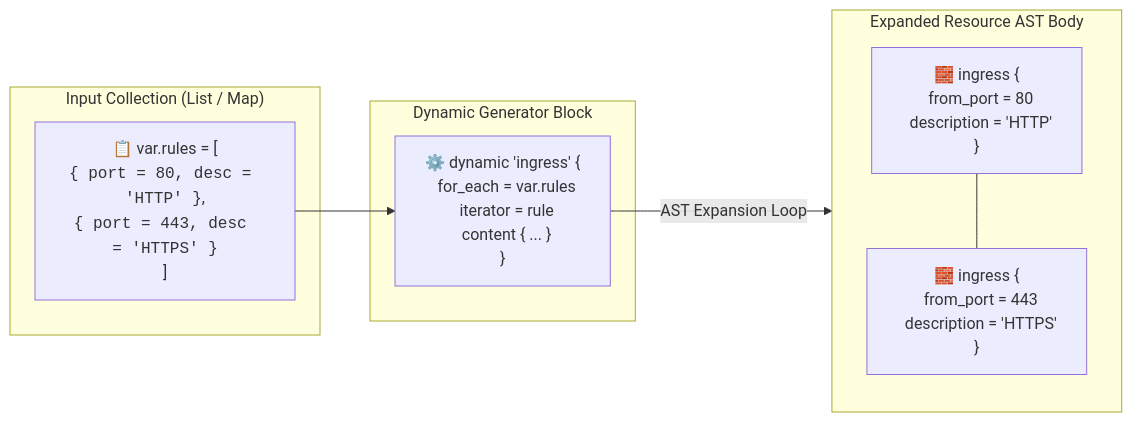
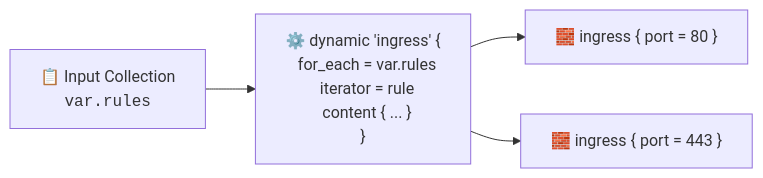
One commit to dnf0/terralings changed the diagram in docs/guides/06-dynamic-blocks.md. Above: the diagram before and after it, drawn with Mermaid. The commit also changed other lines of this file and 18 other files, not shown here.

First line of the commit message:
docs(guides): simplify mermaid diagrams and add conceptual breakdowns (#24)

````diff
--- a/docs/guides/06-dynamic-blocks.md
+++ b/docs/guides/06-dynamic-blocks.md
@@ -17,20 +17,7 @@
 ```mermaid
 flowchart LR
-    subgraph InputCollection["Input Collection (List / Map)"]
-        Coll["📋 var.rules = [<br/><code>{ port = 80, desc = 'HTTP' }</code>,<br/><code>{ port = 443, desc = 'HTTPS' }</code><br/>]"]
-    end
-
-    subgraph DynamicGenerator["Dynamic Generator Block"]
-        Dyn["⚙️ dynamic 'ingress' {<br/>&nbsp;&nbsp;for_each = var.rules<br/>&nbsp;&nbsp;iterator = rule<br/>&nbsp;&nbsp;content { ... }<br/>}"]
-    end
-
-    subgraph ExpandedAST["Expanded Resource AST Body"]
-        direction TB
-        B1["🧱 ingress {<br/>&nbsp;&nbsp;from_port = 80<br/>&nbsp;&nbsp;description = 'HTTP'<br/>}"]
-        B2["🧱 ingress {<br/>&nbsp;&nbsp;from_port = 443<br/>&nbsp;&nbsp;description = 'HTTPS'<br/>}"]
-        B1 --- B2
-    end
-
-    Coll --> Dyn
-    Dyn -->|"AST Expansion Loop"| ExpandedAST
+    Collection["📋 Input Collection<br/><code>var.rules</code>"] --> DynamicBlock["⚙️ dynamic 'ingress' {<br/>&nbsp;&nbsp;for_each = var.rules<br/>&nbsp;&nbsp;iterator = rule<br/>&nbsp;&nbsp;content { ... }<br/>}"]
+    
+    DynamicBlock --> Block1["🧱 ingress { port = 80 }"]
+    DynamicBlock --> Block2["🧱 ingress { port = 443 }"]
 ```
````
